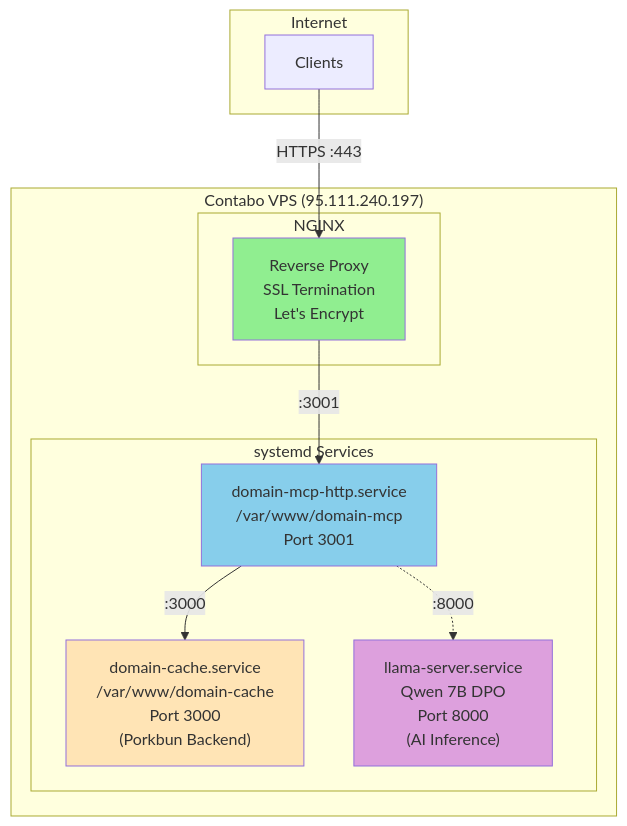
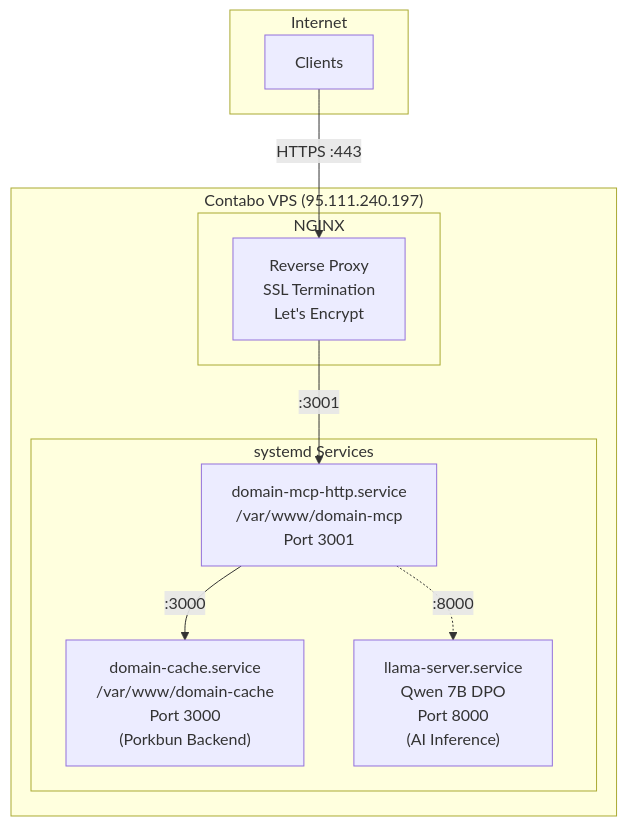
Before and after one commit to dorukardahan/domain-search-mcp: the sixth of 8 diagrams in docs/ARCHITECTURE.md, drawn with Mermaid. The commit also changed other lines of this file, not shown here.

Commit message:
fix: remove fill colors from Mermaid diagrams for better readability

````diff
--- a/docs/ARCHITECTURE.md
+++ b/docs/ARCHITECTURE.md
@@ -231,29 +226,24 @@
 ```mermaid
 flowchart TB
     subgraph INTERNET["Internet"]
         CLIENT["Clients"]
     end
 
     CLIENT -->|HTTPS :443| NGINX
 
     subgraph VPS["Contabo VPS (95.111.240.197)"]
         subgraph NGINX_BLOCK["NGINX"]
             NGINX["Reverse Proxy<br/>SSL Termination<br/>Let's Encrypt"]
         end
 
         NGINX -->|:3001| MCP_SERVICE
         MCP_SERVICE -->|:3000| CACHE_SERVICE
         MCP_SERVICE -.->|:8000| LLAMA_SERVICE
 
         subgraph SERVICES["systemd Services"]
             MCP_SERVICE["domain-mcp-http.service<br/>/var/www/domain-mcp<br/>Port 3001"]
             CACHE_SERVICE["domain-cache.service<br/>/var/www/domain-cache<br/>Port 3000<br/>(Porkbun Backend)"]
             LLAMA_SERVICE["llama-server.service<br/>Qwen 7B DPO<br/>Port 8000<br/>(AI Inference)"]
         end
     end
-
-    style NGINX fill:#90EE90
-    style MCP_SERVICE fill:#87CEEB
-    style CACHE_SERVICE fill:#FFE4B5
-    style LLAMA_SERVICE fill:#DDA0DD
 ```
````
